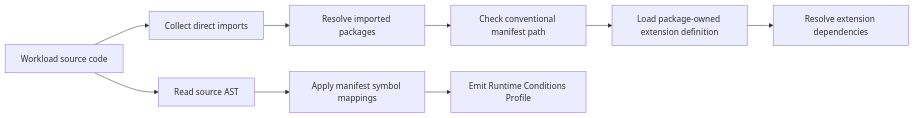
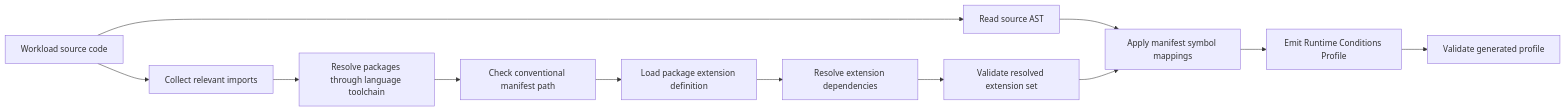
The diagram in docs/guides/generator-discovery-workflow.md (colinjlacy/runtime-conditions-profiles), drawn with Mermaid before and after one commit. The commit also changed other lines of this file and 121 other files, not shown here.

````diff
--- a/docs/guides/generator-discovery-workflow.md
+++ b/docs/guides/generator-discovery-workflow.md
@@ -17,11 +24,14 @@
 ```mermaid
 flowchart LR
-  Source["Workload source code"] --> Imports["Collect direct imports"]
-  Imports --> Resolve["Resolve imported packages"]
+  Source["Workload source code"] --> Imports["Collect relevant imports"]
+  Imports --> Resolve["Resolve packages through language toolchain"]
   Resolve --> Manifest["Check conventional manifest path"]
-  Manifest --> Extension["Load package-owned extension definition"]
+  Manifest --> Extension["Load package extension definition"]
   Extension --> Dependencies["Resolve extension dependencies"]
+  Dependencies --> Validate["Validate resolved extension set"]
   Source --> AST["Read source AST"]
   AST --> Map["Apply manifest symbol mappings"]
+  Validate --> Map
   Map --> Profile["Emit Runtime Conditions Profile"]
+  Profile --> ProfileValidate["Validate generated profile"]
 ```
````
